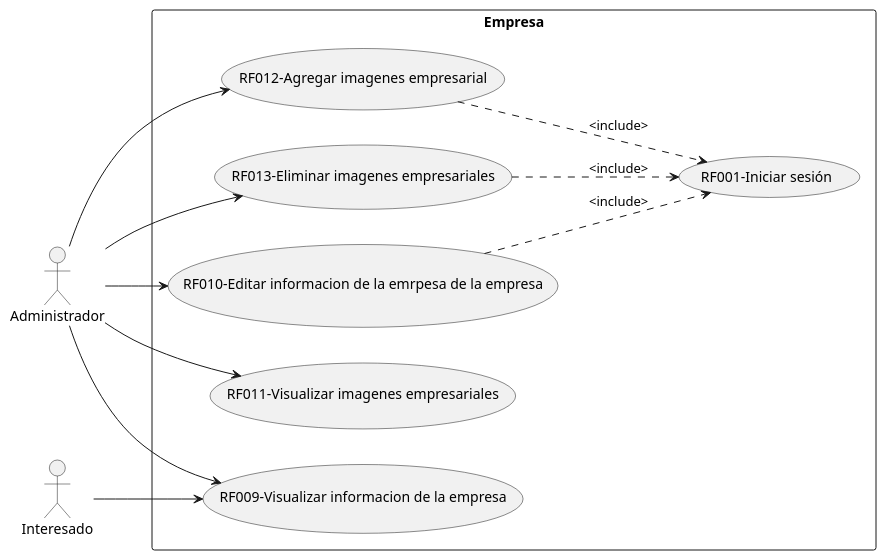
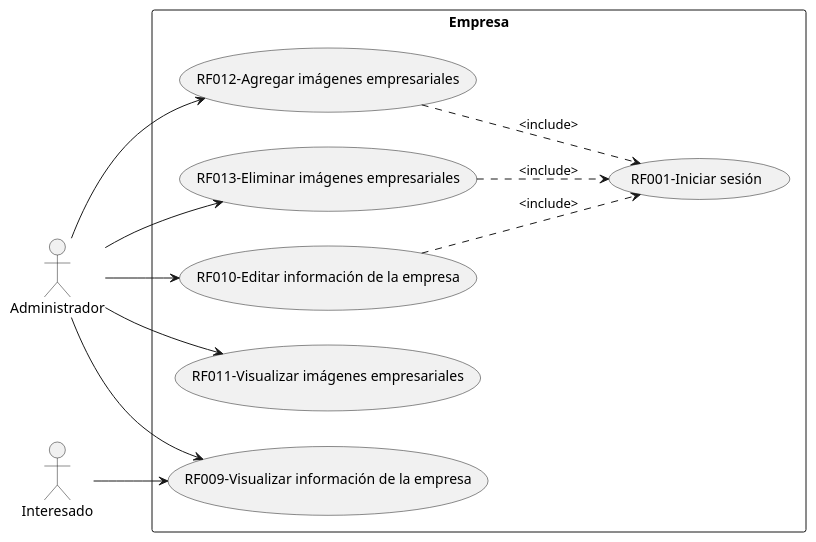
One commit to Los-Waza/MetalK_Documentation changed the diagram in CasosDeUso/matalK_cdu_empresa.puml. Above: the diagram before and after it, drawn with PlantUML. The commit also changed 5 other files, not shown here.

```diff
--- a/CasosDeUso/matalK_cdu_empresa.puml
+++ b/CasosDeUso/matalK_cdu_empresa.puml
@@ -1,26 +1,26 @@
 @startuml MetalK_UseCase_Enterprise
     left to right direction
 
     actor Administrador as a
     actor Interesado as i
 
     rectangle Empresa{
         usecase "RF001-Iniciar sesión" as RF001
-        usecase "RF009-Visualizar informacion de la empresa" as RF009
-        usecase "RF010-Editar informacion de la emrpesa de la empresa" as RF010
-        usecase "RF011-Visualizar imagenes empresariales" as RF011
-        usecase "RF012-Agregar imagenes empresarial" as RF012
-        usecase "RF013-Eliminar imagenes empresariales" as RF013
+        usecase "RF009-Visualizar información de la empresa" as RF009
+        usecase "RF010-Editar información de la empresa" as RF010
+        usecase "RF011-Visualizar imágenes empresariales" as RF011
+        usecase "RF012-Agregar imágenes empresariales" as RF012
+        usecase "RF013-Eliminar imágenes empresariales" as RF013
     }
 
     a -down-> RF009
     i -down-> RF009
     a -down-> RF010
     a -down-> RF012
     a -down-> RF013
     a -down-> RF011
 
     RF010 .down.> RF001:<include>
     RF012 .down.> RF001:<include>
     RF013 .down.> RF001:<include>
 @enduml
```
